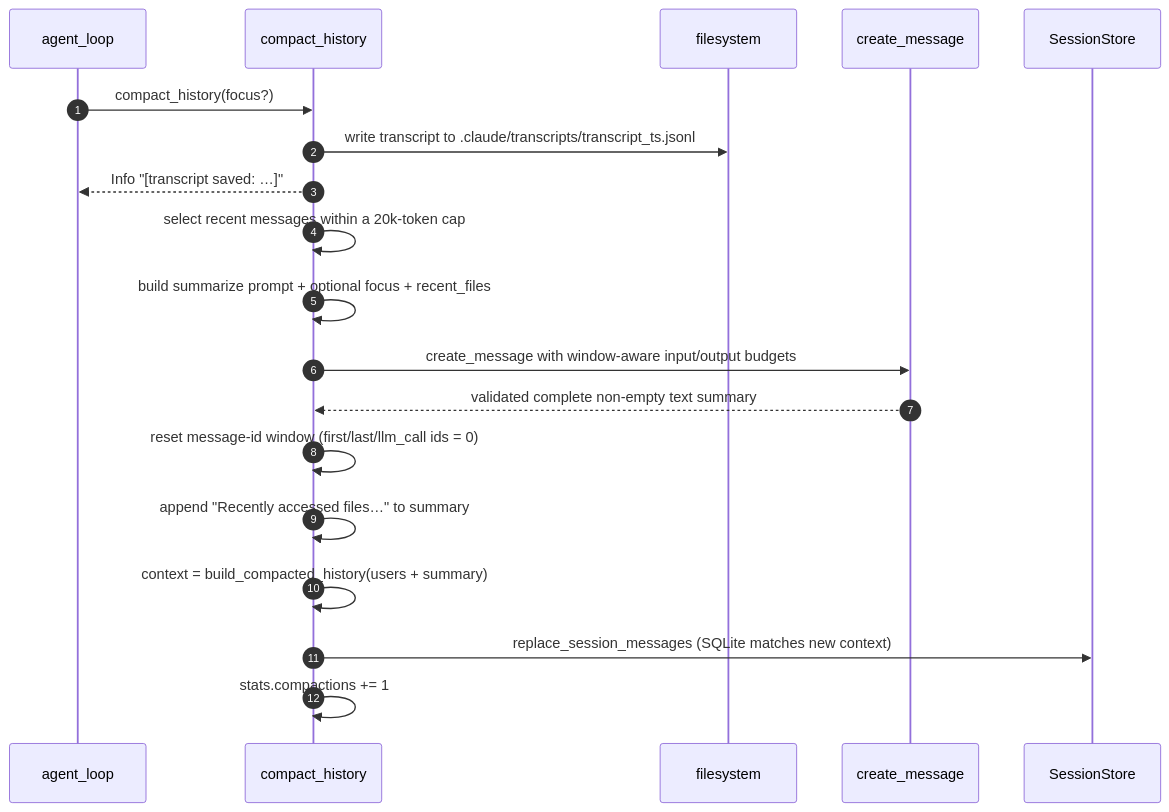
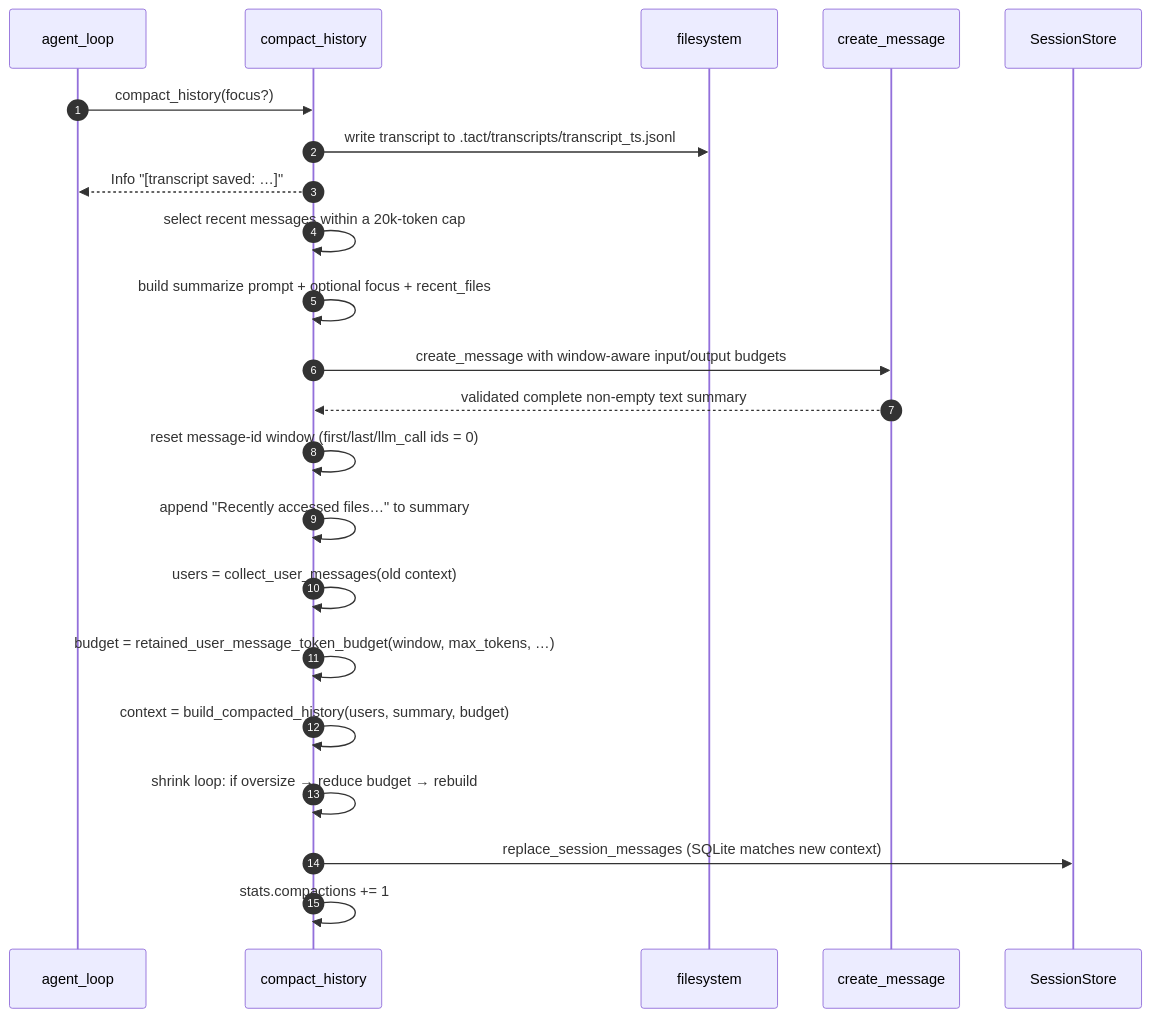
One commit to rust-infra/tact changed the seventh of 15 diagrams in book/05_chapter_compact.md. Above: the diagram before and after it, drawn with Mermaid. The commit also changed other lines of this file and 83 other files, not shown here.

````diff
--- a/book/05_chapter_compact.md
+++ b/book/05_chapter_compact.md
@@ -242,22 +264,25 @@
 ```mermaid
 sequenceDiagram
     autonumber
     participant AgentLoop as agent_loop
     participant CH as compact_history
     participant Disk as filesystem
     participant LLM as create_message
     participant Store as SessionStore
 
     AgentLoop->>CH: compact_history(focus?)
-    CH->>Disk: write transcript to .claude/transcripts/transcript_ts.jsonl
+    CH->>Disk: write transcript to .tact/transcripts/transcript_ts.jsonl
     CH-->>AgentLoop: Info "[transcript saved: …]"
     CH->>CH: select recent messages within a 20k-token cap
     CH->>CH: build summarize prompt + optional focus + recent_files
     CH->>LLM: create_message with window-aware input/output budgets
     LLM-->>CH: validated complete non-empty text summary
     CH->>CH: reset message-id window (first/last/llm_call ids = 0)
     CH->>CH: append "Recently accessed files…" to summary
-    CH->>CH: context = build_compacted_history(users + summary)
+    CH->>CH: users = collect_user_messages(old context)
+    CH->>CH: budget = retained_user_message_token_budget(window, max_tokens, …)
+    CH->>CH: context = build_compacted_history(users, summary, budget)
+    CH->>CH: shrink loop: if oversize → reduce budget → rebuild
     CH->>Store: replace_session_messages (SQLite matches new context)
     CH->>CH: stats.compactions += 1
 ```
````
